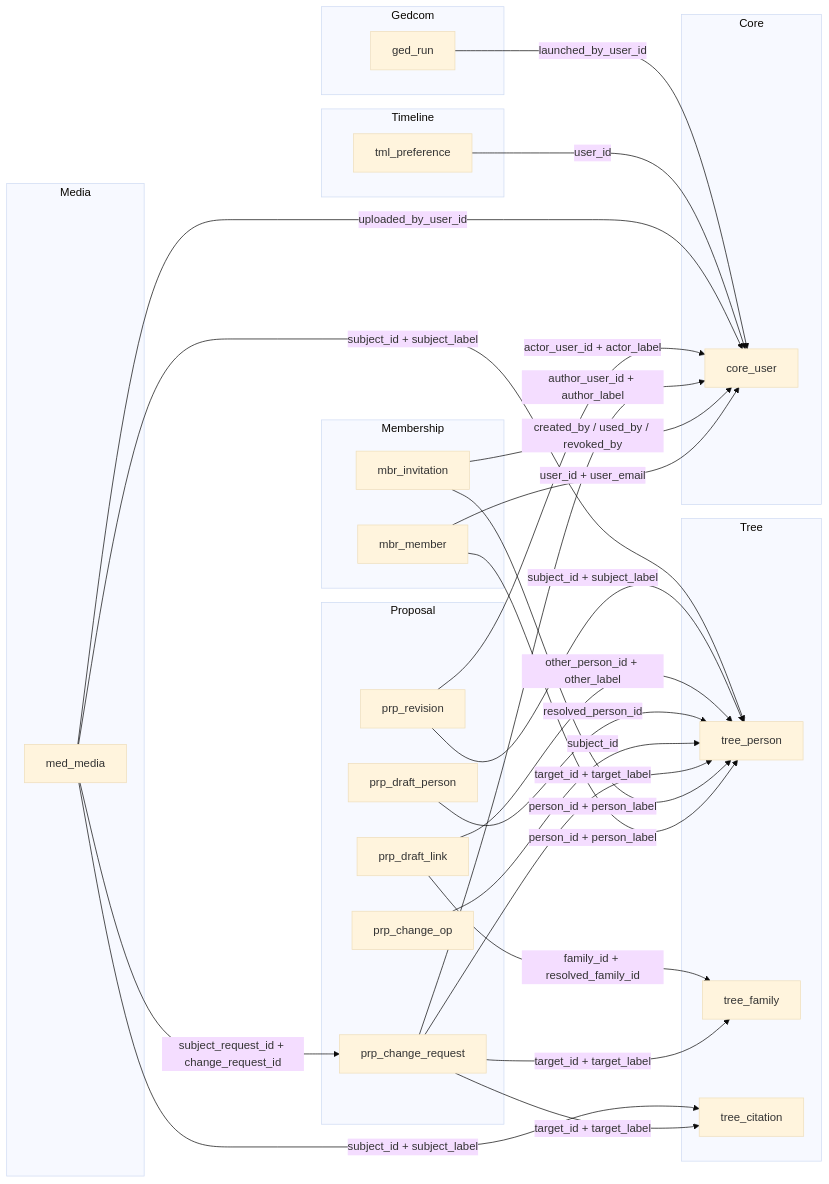
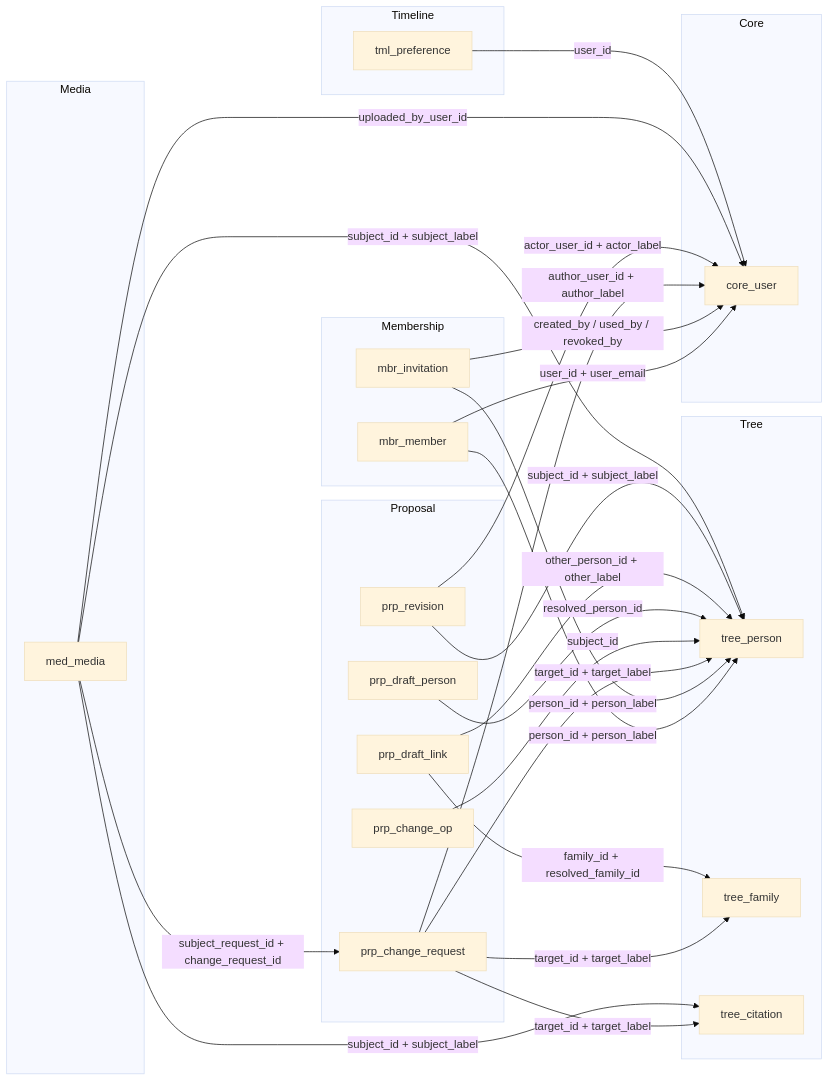
The seventh of 7 diagrams in docs/modele-donnees.md (Naltpom/heritage), drawn with Mermaid (base theme) before and after one commit. The commit also changed other lines of this file and 158 other files, not shown here.

````diff
--- a/docs/modele-donnees.md
+++ b/docs/modele-donnees.md
@@ -3756,52 +3656,48 @@
 ```mermaid
 flowchart LR
     subgraph CORE["Core"]
         U[core_user]
     end
     subgraph TREE["Tree"]
         P[tree_person]
         F[tree_family]
         C[tree_citation]
     end
     subgraph MBR["Membership"]
         I[mbr_invitation]
         M[mbr_member]
     end
     subgraph PRP["Proposal"]
         R[prp_change_request]
         O[prp_change_op]
         DP[prp_draft_person]
         DL[prp_draft_link]
         RV[prp_revision]
     end
     subgraph MED["Media"]
         MM[med_media]
     end
     subgraph TML["Timeline"]
         TP[tml_preference]
     end
-    subgraph GED["Gedcom"]
-        GR[ged_run]
-    end
 
     M -->|user_id + user_email| U
     M -->|person_id + person_label| P
     I -->|person_id + person_label| P
     I -->|created_by / used_by / revoked_by| U
     R -->|author_user_id + author_label| U
     R -->|target_id + target_label| P
     R -->|target_id + target_label| F
     R -->|target_id + target_label| C
     O -->|subject_id| P
     DP -->|resolved_person_id| P
     DL -->|other_person_id + other_label| P
     DL -->|family_id + resolved_family_id| F
     RV -->|subject_id + subject_label| P
     RV -->|actor_user_id + actor_label| U
     MM -->|subject_id + subject_label| P
     MM -->|subject_id + subject_label| C
     MM -->|uploaded_by_user_id| U
     MM -->|subject_request_id + change_request_id| R
     TP -->|user_id| U
-    GR -->|launched_by_user_id| U
 ```
````
